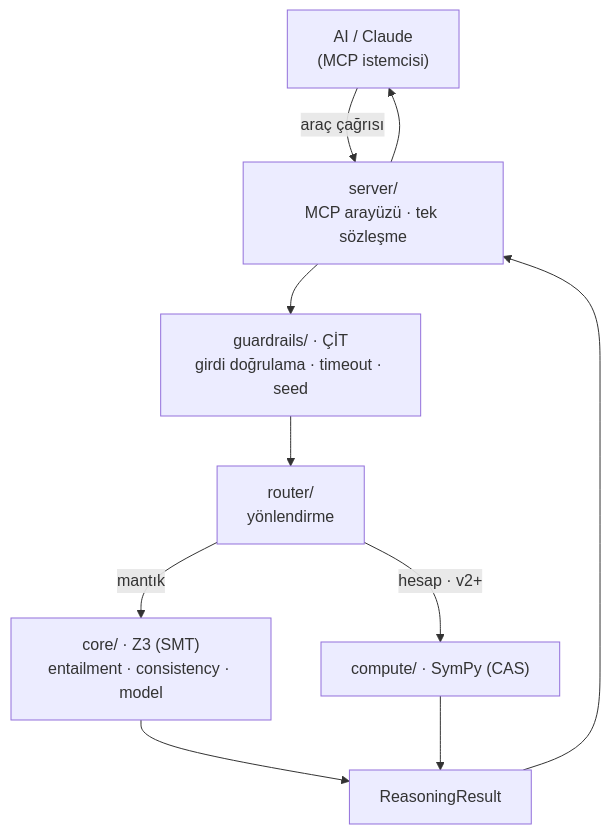
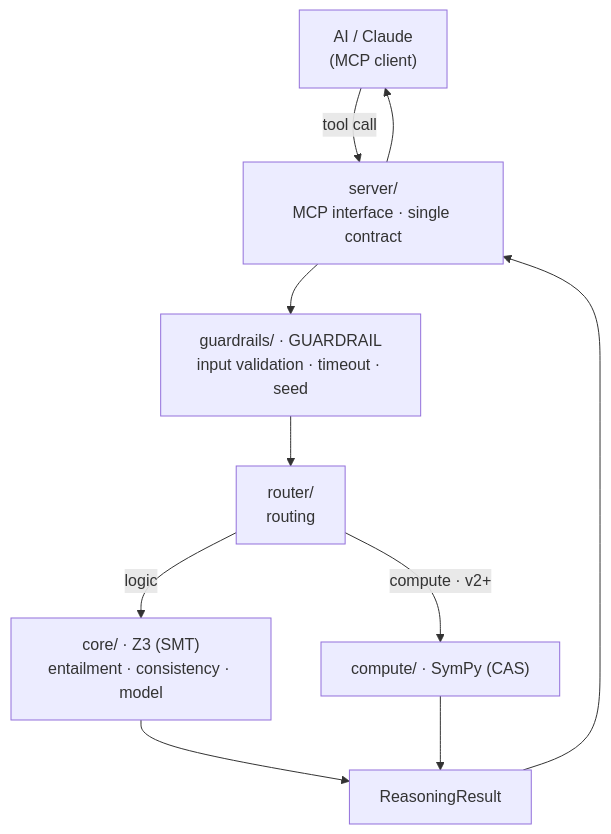
The first of 2 diagrams in docs/architecture.md (tanzercakir-commits/MathHead), drawn with Mermaid before and after one commit. The commit also changed other lines of this file and 74 other files, not shown here.

````diff
--- a/docs/architecture.md
+++ b/docs/architecture.md
@@ -8,12 +9,12 @@
 ```mermaid
 flowchart TD
-    AI["AI / Claude<br/>(MCP istemcisi)"] -->|araç çağrısı| S["server/<br/>MCP arayüzü · tek sözleşme"]
-    S --> G["guardrails/ · ÇİT<br/>girdi doğrulama · timeout · seed"]
-    G --> R["router/<br/>yönlendirme"]
-    R -->|mantık| C["core/ · Z3 (SMT)<br/>entailment · consistency · model"]
-    R -->|hesap · v2+| K["compute/ · SymPy (CAS)"]
+    AI["AI / Claude<br/>(MCP client)"] -->|tool call| S["server/<br/>MCP interface · single contract"]
+    S --> G["guardrails/ · GUARDRAIL<br/>input validation · timeout · seed"]
+    G --> R["router/<br/>routing"]
+    R -->|logic| C["core/ · Z3 (SMT)<br/>entailment · consistency · model"]
+    R -->|compute · v2+| K["compute/ · SymPy (CAS)"]
     C --> RES["ReasoningResult"]
     K --> RES
     RES --> S
     S --> AI
 ```
````
